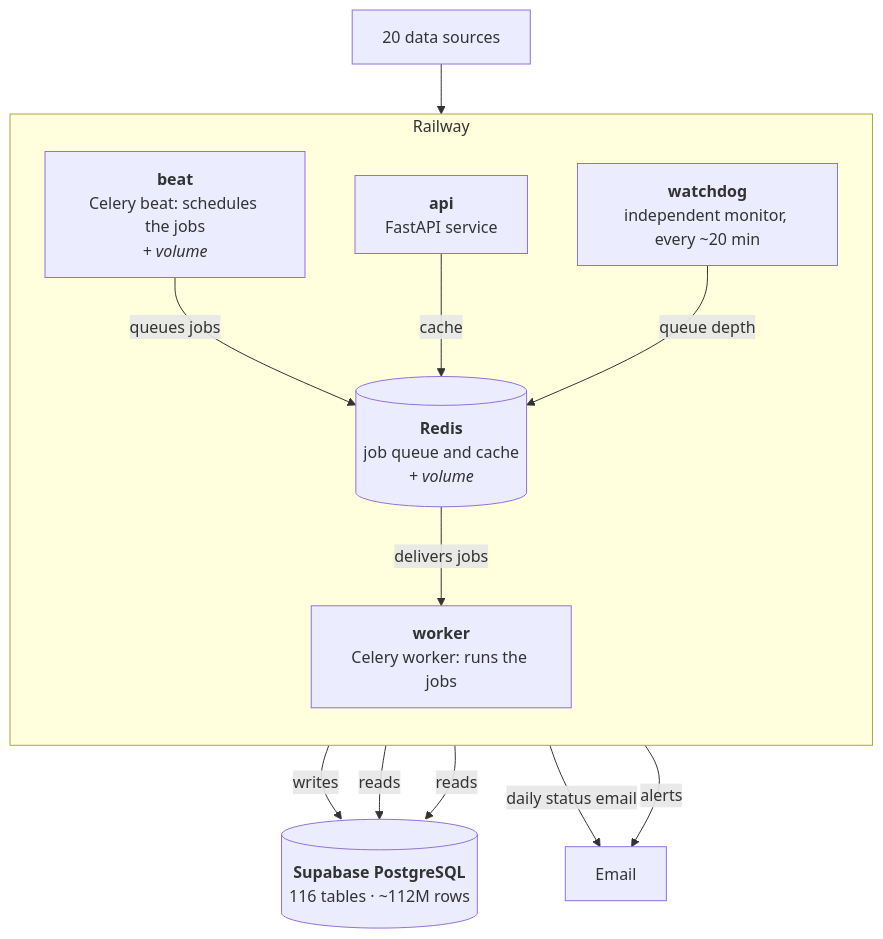
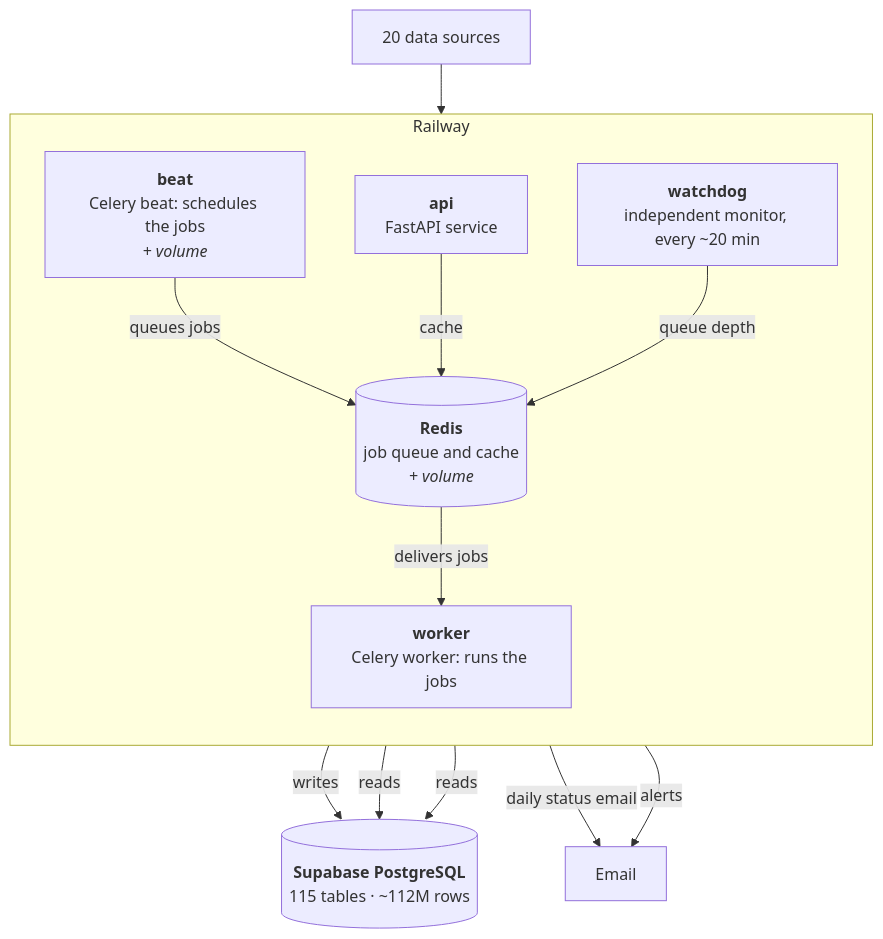
The second of 3 diagrams in README.md (AnshArora04/arora_data), drawn with Mermaid before and after one commit. The commit also changed other lines of this file and 8 other files, not shown here.

````diff
--- a/README.md
+++ b/README.md
@@ -49,25 +49,25 @@
 ```mermaid
 flowchart TB
   SRC["20 data sources"]
   subgraph RW["Railway"]
     direction TB
     beat["<b>beat</b><br/>Celery beat: schedules the jobs<br/><i>+ volume</i>"]
     api["<b>api</b><br/>FastAPI service"]
     watchdog["<b>watchdog</b><br/>independent monitor, every ~20 min"]
     redis[("<b>Redis</b><br/>job queue and cache<br/><i>+ volume</i>")]
     worker["<b>worker</b><br/>Celery worker: runs the jobs"]
   end
-  DB[("<b>Supabase PostgreSQL</b><br/>116 tables · ~112M rows")]
+  DB[("<b>Supabase PostgreSQL</b><br/>115 tables · ~112M rows")]
   MAIL["Email"]
 
   SRC --> worker
   beat -- "queues jobs" --> redis
   api -- "cache" --> redis
   watchdog -- "queue depth" --> redis
   redis -- "delivers jobs" --> worker
   worker -- "writes" --> DB
   api -- "reads" --> DB
   watchdog -- "reads" --> DB
   worker -- "daily status email" --> MAIL
   watchdog -- "alerts" --> MAIL
 ```
````
